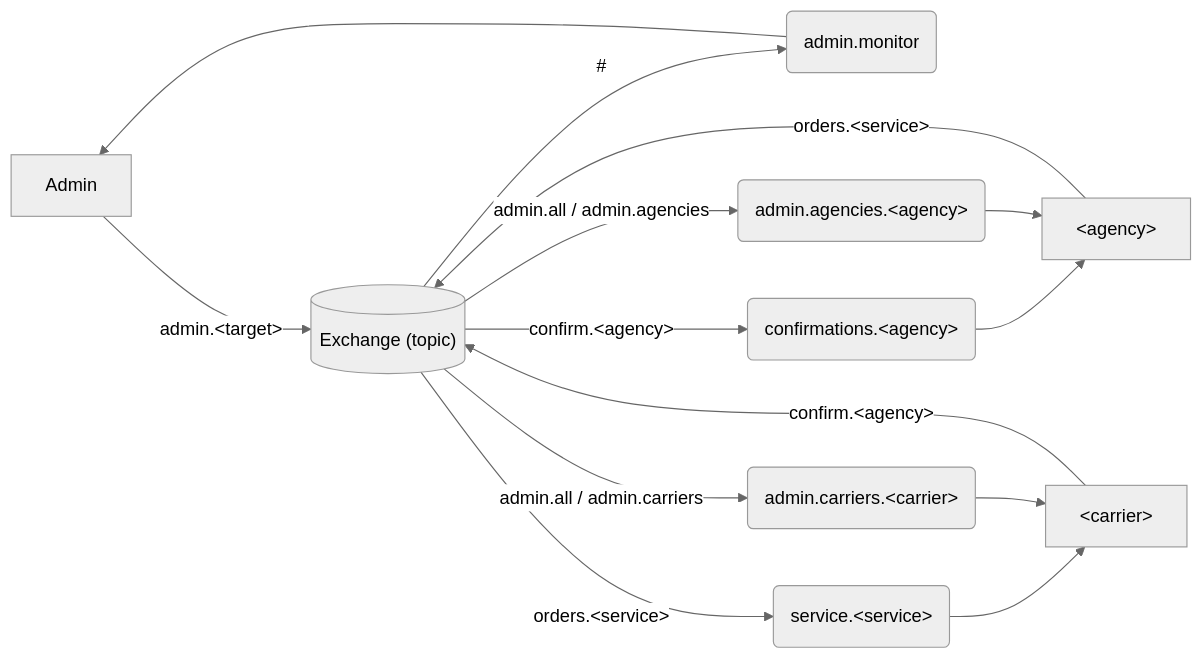
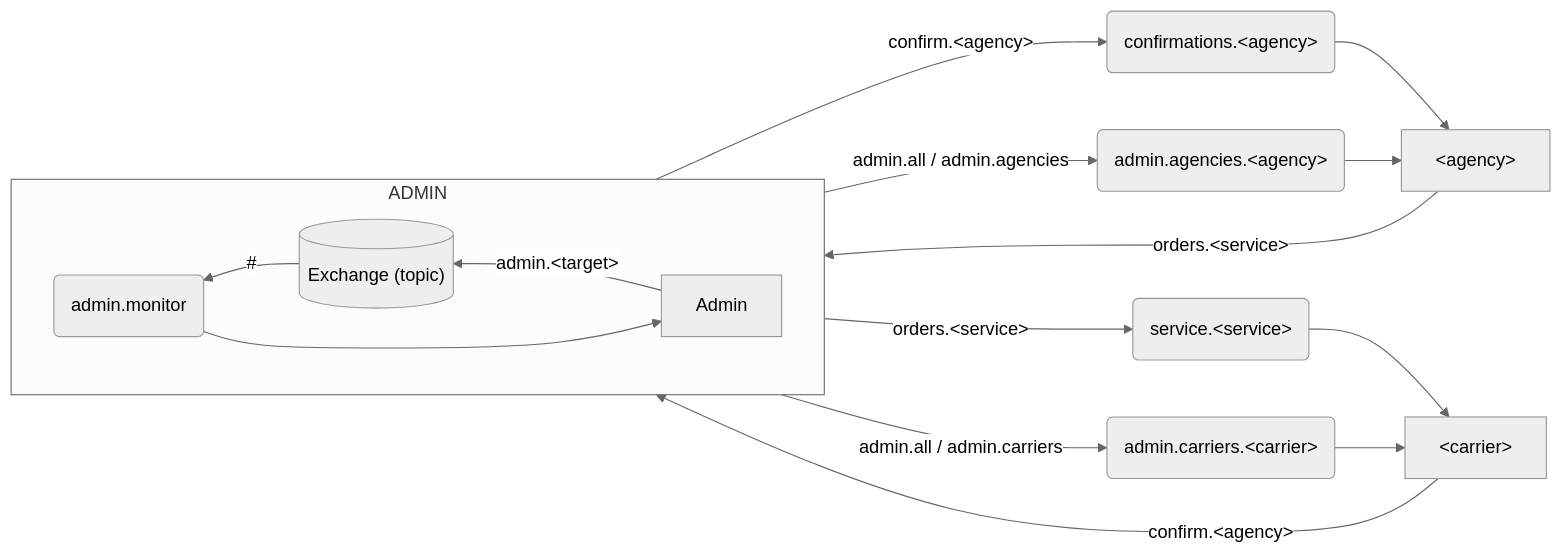
One commit to Mosder/agh changed the diagram in sem6/rozprochy/tasks/task5/schema.md. Above: the diagram before and after it, drawn with Mermaid (neutral theme).

Commit message:
rozprochy

````diff
--- a/sem6/rozprochy/tasks/task5/schema.md
+++ b/sem6/rozprochy/tasks/task5/schema.md
@@ -1,13 +1,16 @@
 ```mermaid
 flowchart LR
-    AD[Admin] -- admin.&lt;target&gt; --> X
-    X -- "#" --> QAD(admin.monitor) --> AD
+    subgraph ADMIN
+        direction RL
+        AD[Admin] -- admin.&lt;target&gt; --> X
+        X -- "#" --> QAD(admin.monitor) --> AD
+    end
 
     A[&lt;agency&gt;] -- orders.&lt;service&gt; --> X[("Exchange (topic)")]
     X -- confirm.&lt;agency&gt; --> QA(confirmations.&lt;agency&gt;) --> A
     X -- admin.all / admin.agencies --> QAAD(admin.agencies.&lt;agency&gt;) --> A
 
     C[&lt;carrier&gt;] -- confirm.&lt;agency&gt; --> X
     X -- orders.&lt;service&gt; --> QS(service.&lt;service&gt;) --> C
     X -- admin.all / admin.carriers --> QC(admin.carriers.&lt;carrier&gt;) --> C
 ```
````
